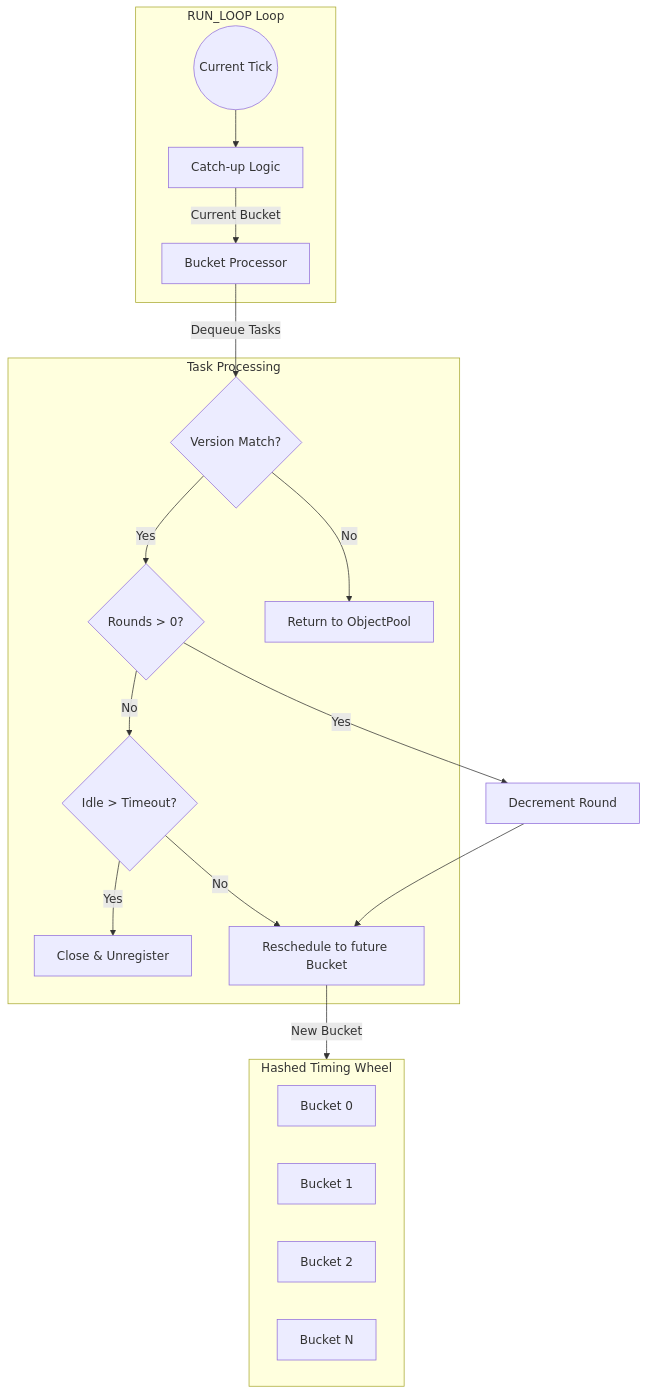
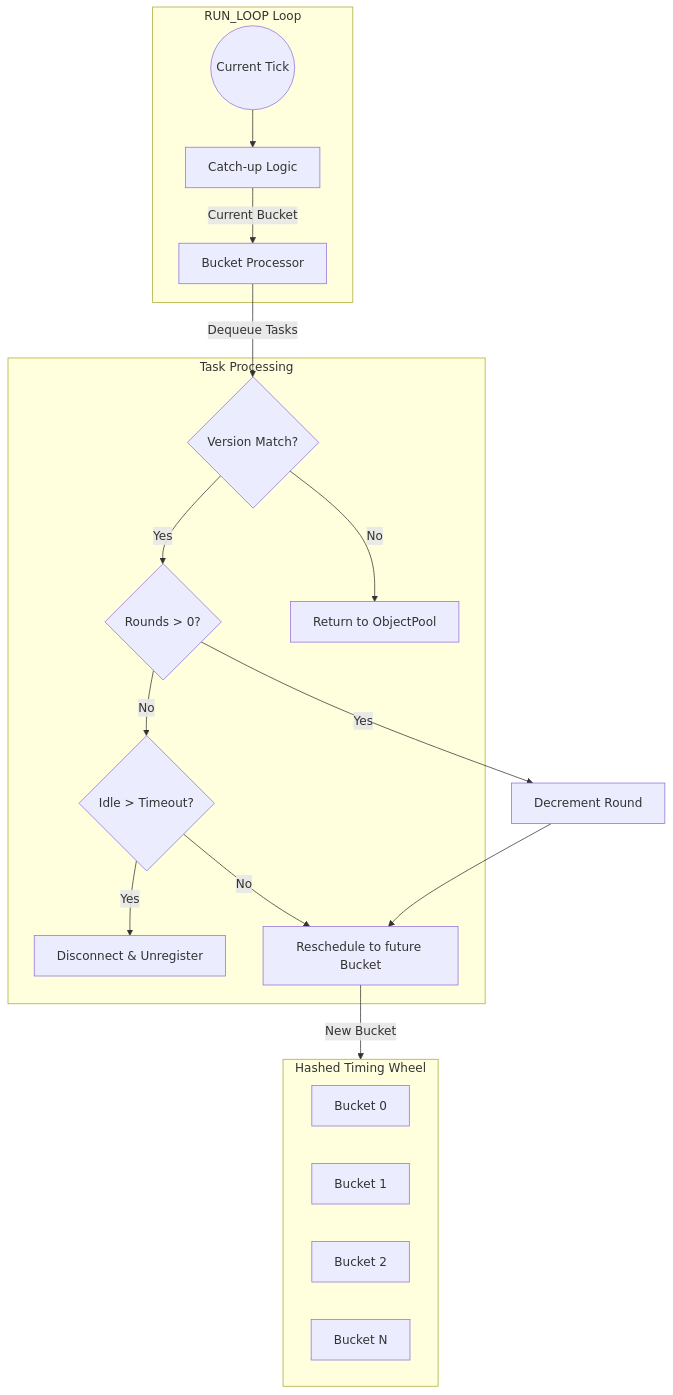
The diagram in docs/api/network/time/timing-wheel.md (ppn-systems/Nalix), drawn with Mermaid before and after one commit. The commit also changed 18 other files, not shown here.

````diff
--- a/docs/api/network/time/timing-wheel.md
+++ b/docs/api/network/time/timing-wheel.md
@@ -21,40 +21,40 @@
 ```mermaid
 flowchart TD
     subgraph Wheel[Hashed Timing Wheel]
         Bucket0[Bucket 0]
         Bucket1[Bucket 1]
         Bucket2[Bucket 2]
         BucketN[Bucket N]
     end
 
     subgraph Loop[RUN_LOOP Loop]
         Pointer((Current Tick))
         Missed[Catch-up Logic]
         Processor[Bucket Processor]
     end
 
     subgraph Logic[Task Processing]
         Stale{Version Match?}
         RoundCheck{Rounds > 0?}
         IdleCheck{Idle > Timeout?}
         
-        Disconnect[Close & Unregister]
+        Disconnect[Disconnect & Unregister]
         Resched[Reschedule to future Bucket]
         Pool[Return to ObjectPool]
     end
 
     Pointer --> Missed
     Missed -->|Current Bucket| Processor
     Processor -->|Dequeue Tasks| Stale
     
     Stale -->|No| Pool
     Stale -->|Yes| RoundCheck
     
     RoundCheck -->|Yes| DecRound[Decrement Round] --> Resched
     RoundCheck -->|No| IdleCheck
     
     IdleCheck -->|Yes| Disconnect
     IdleCheck -->|No| Resched
     
     Resched -->|New Bucket| Wheel
 ```
````
